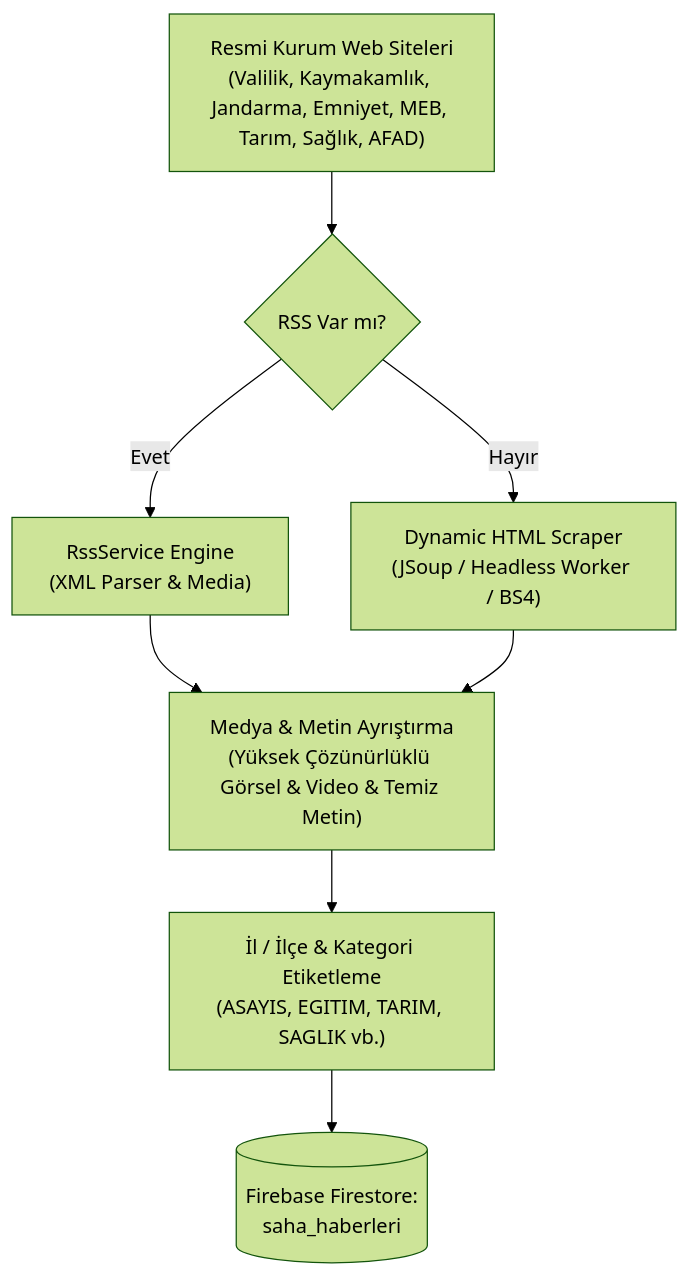
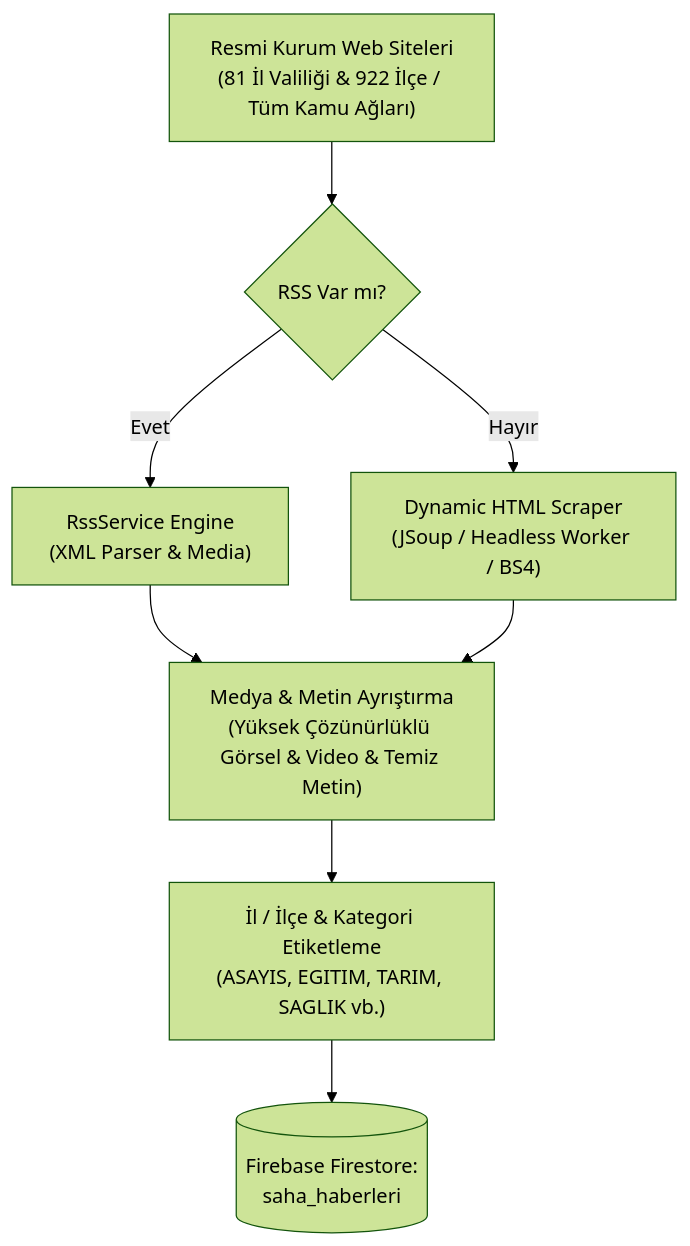
Before and after one commit to novraaii179-tech/novra-saha: the diagram in README.md, drawn with Mermaid (forest theme). The commit also changed other lines of this file and 1 other file, not shown here.

````diff
--- a/README.md
+++ b/README.md
@@ -45,10 +54,10 @@
 ```mermaid
 flowchart TD
-    A["Resmi Kurum Web Siteleri<br/>(Valilik, Kaymakamlık, Jandarma, Emniyet, MEB, Tarım, Sağlık, AFAD)"] --> B{"RSS Var mı?"}
+    A["Resmi Kurum Web Siteleri<br/>(81 İl Valiliği & 922 İlçe / Tüm Kamu Ağları)"] --> B{"RSS Var mı?"}
     B -- "Evet" --> C["RssService Engine<br/>(XML Parser & Media)"]
     B -- "Hayır" --> D["Dynamic HTML Scraper<br/>(JSoup / Headless Worker / BS4)"]
     C --> E["Medya & Metin Ayrıştırma<br/>(Yüksek Çözünürlüklü Görsel & Video & Temiz Metin)"]
     D --> E
     E --> F["İl / İlçe & Kategori Etiketleme<br/>(ASAYIS, EGITIM, TARIM, SAGLIK vb.)"]
     F --> G[("Firebase Firestore:<br/>saha_haberleri")]
 ```
````
